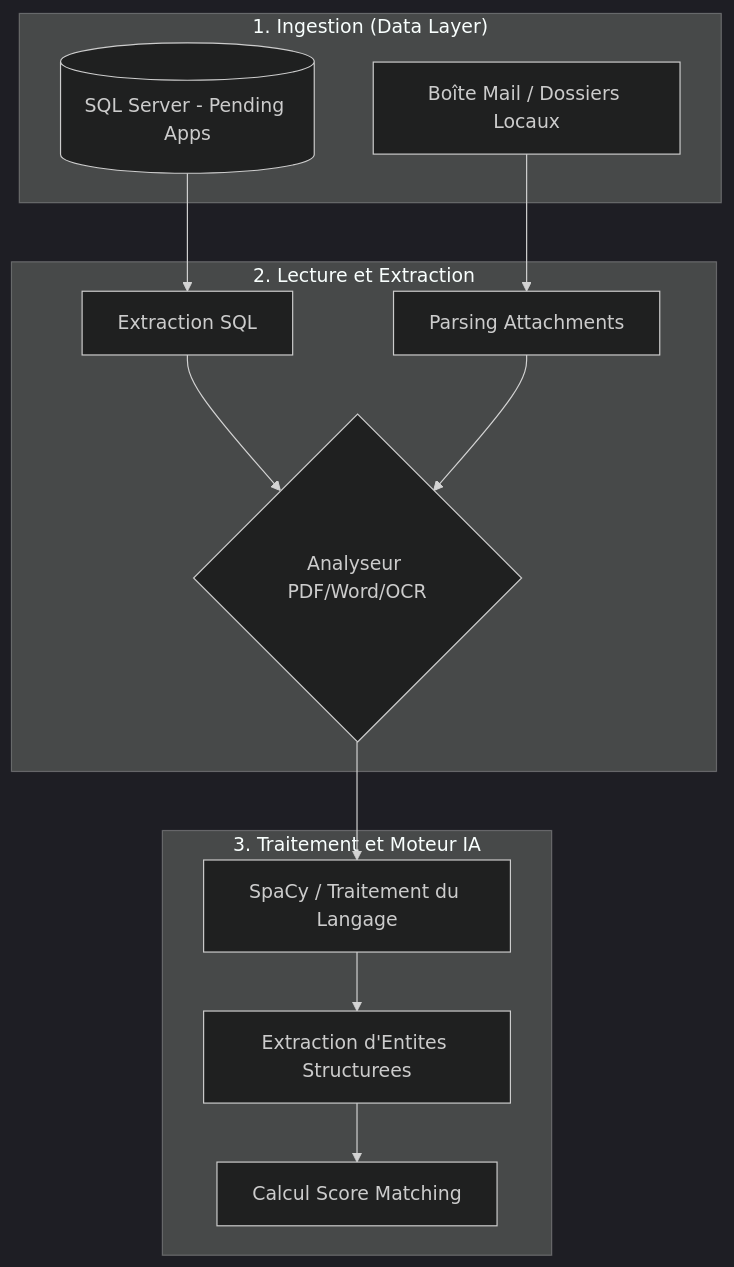
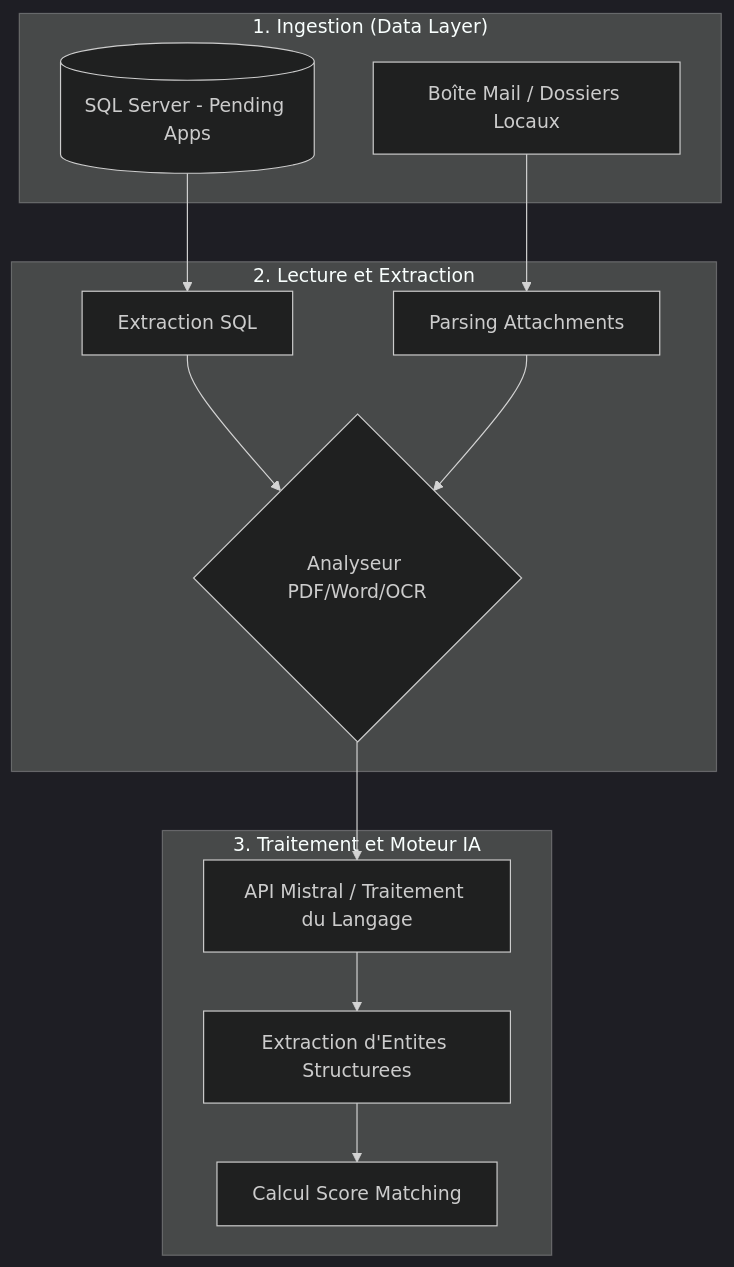
One commit to samiaath/AI-Recruitment-Service changed the diagram in README.md. Above: the diagram before and after it, drawn with Mermaid (dark theme). The commit also changed other lines of this file and 1 other file, not shown here.

````diff
--- a/README.md
+++ b/README.md
@@ -56,27 +56,27 @@
 ```mermaid
 graph TD
     subgraph "1. Ingestion (Data Layer)"
         DB[(SQL Server - Pending Apps)] 
         Email[Boîte Mail / Dossiers Locaux]
     end
 
     subgraph "2. Lecture et Extraction"
         ReadDB[Extraction SQL]
         ReadEmail[Parsing Attachments]
         FileRouting{Analyseur PDF/Word/OCR}
     end
 
     subgraph "3. Traitement et Moteur IA"
-        NLP[SpaCy / Traitement du Langage]
+        NLP[API Mistral / Traitement du Langage]
         Extract[Extraction d'Entites Structurees]
         Scorer[Calcul Score Matching]
     end
 
     DB --> ReadDB
     Email --> ReadEmail
     ReadDB --> FileRouting
     ReadEmail --> FileRouting
     FileRouting --> NLP
     NLP --> Extract
     Extract --> Scorer
 ```
````
